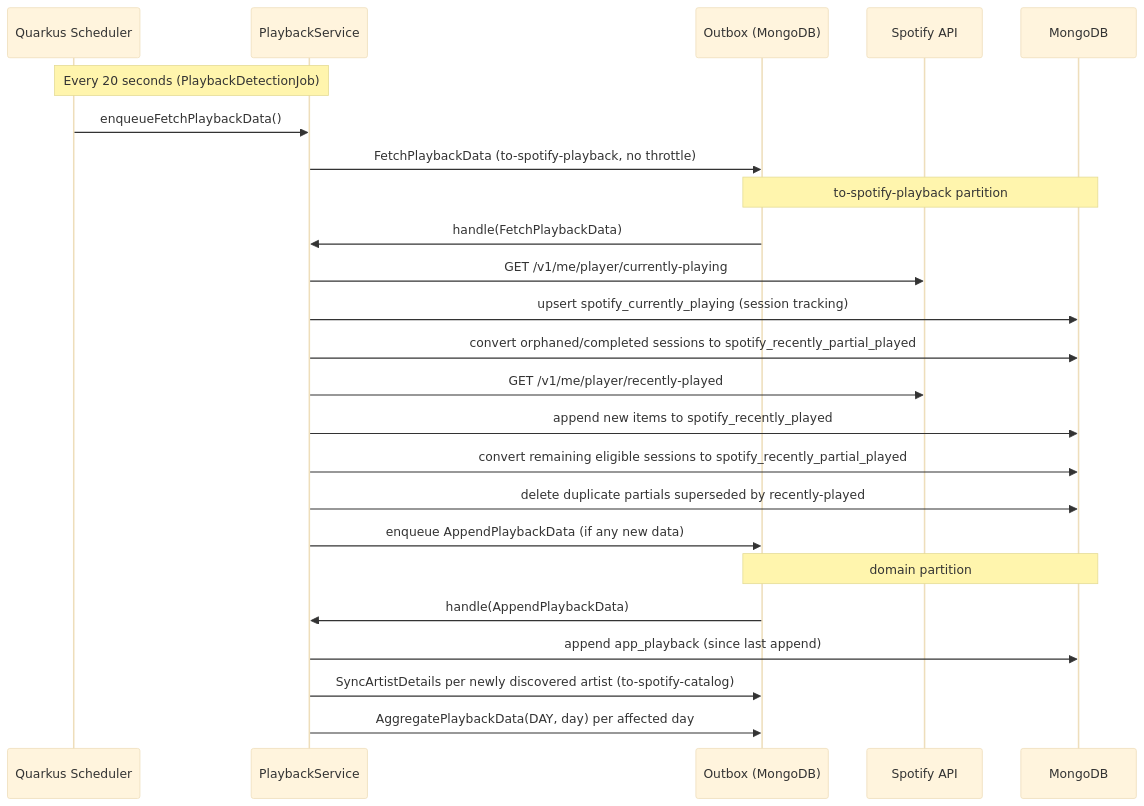
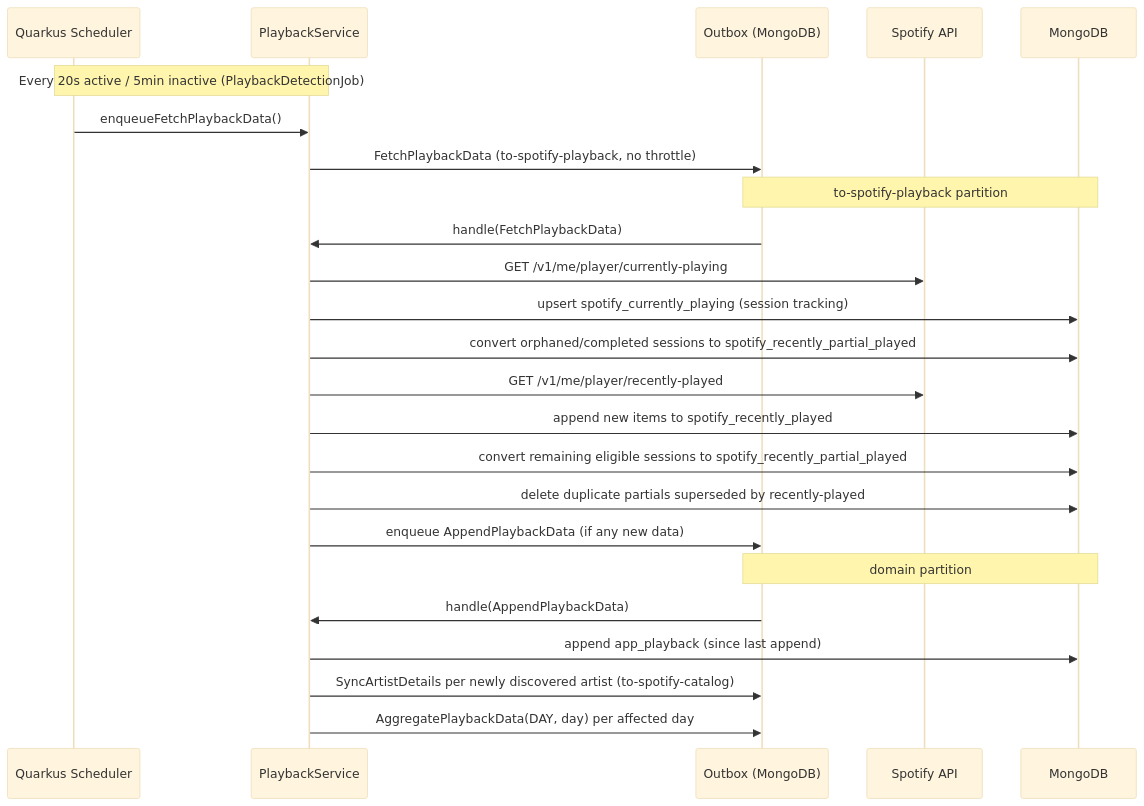
Before and after one commit to christiangroth/spotify-control: the second of 6 diagrams in docs/arc42/arc42.md, drawn with Mermaid (base theme). The commit also changed other lines of this file and 1 other file, not shown here.

````diff
--- a/docs/arc42/arc42.md
+++ b/docs/arc42/arc42.md
@@ -251,29 +278,29 @@
 ```mermaid
 sequenceDiagram
     participant Sched as Quarkus Scheduler
     participant PA as PlaybackService
     participant Outbox as Outbox (MongoDB)
     participant Spotify as Spotify API
     participant Mongo as MongoDB
 
-    Note over Sched,PA: Every 20 seconds (PlaybackDetectionJob)
+    Note over Sched,PA: Every 20s active / 5min inactive (PlaybackDetectionJob)
     Sched->>PA: enqueueFetchPlaybackData()
     PA->>Outbox: FetchPlaybackData (to-spotify-playback, no throttle)
 
     Note over Outbox,Mongo: to-spotify-playback partition
     Outbox->>PA: handle(FetchPlaybackData)
     PA->>Spotify: GET /v1/me/player/currently-playing
     PA->>Mongo: upsert spotify_currently_playing (session tracking)
     PA->>Mongo: convert orphaned/completed sessions to spotify_recently_partial_played
     PA->>Spotify: GET /v1/me/player/recently-played
     PA->>Mongo: append new items to spotify_recently_played
     PA->>Mongo: convert remaining eligible sessions to spotify_recently_partial_played
     PA->>Mongo: delete duplicate partials superseded by recently-played
     PA->>Outbox: enqueue AppendPlaybackData (if any new data)
 
     Note over Outbox,Mongo: domain partition
     Outbox->>PA: handle(AppendPlaybackData)
     PA->>Mongo: append app_playback (since last append)
     PA->>Outbox: SyncArtistDetails per newly discovered artist (to-spotify-catalog)
     PA->>Outbox: AggregatePlaybackData(DAY, day) per affected day
 ```
````
